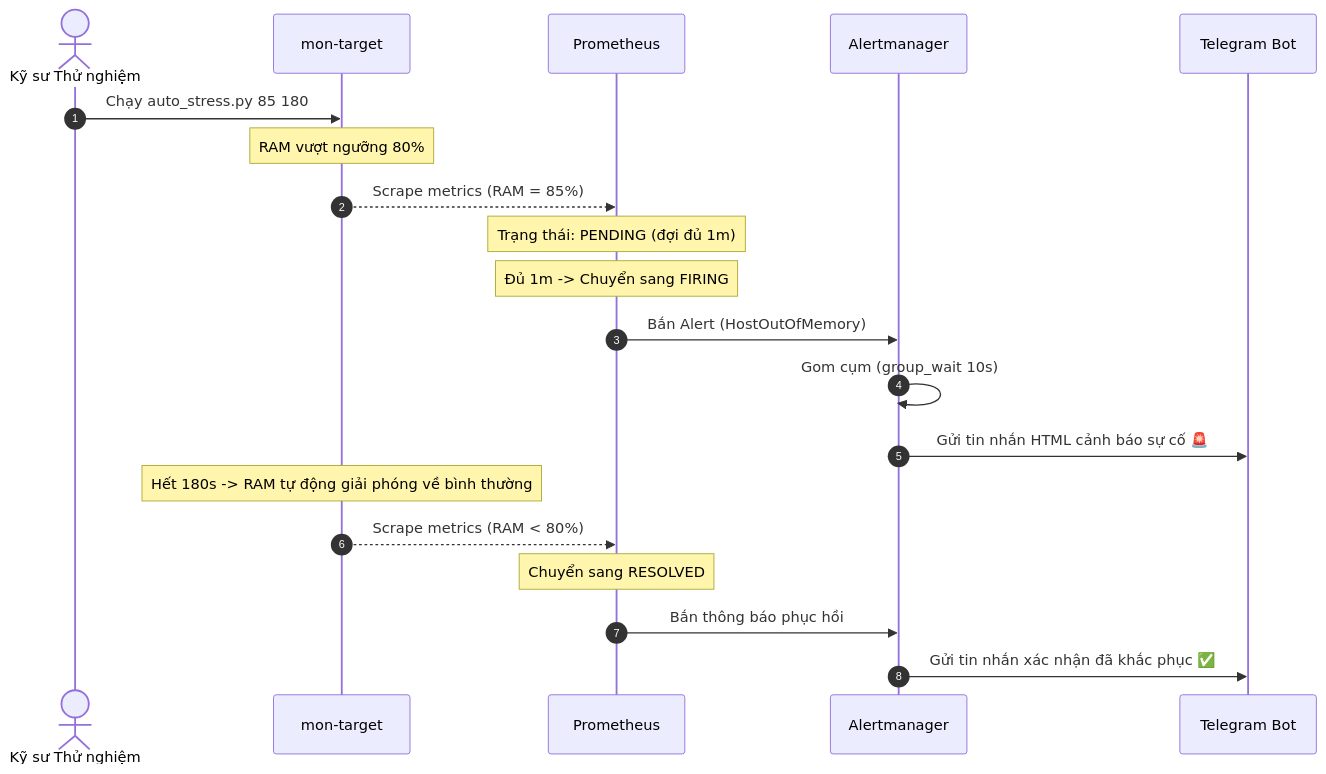
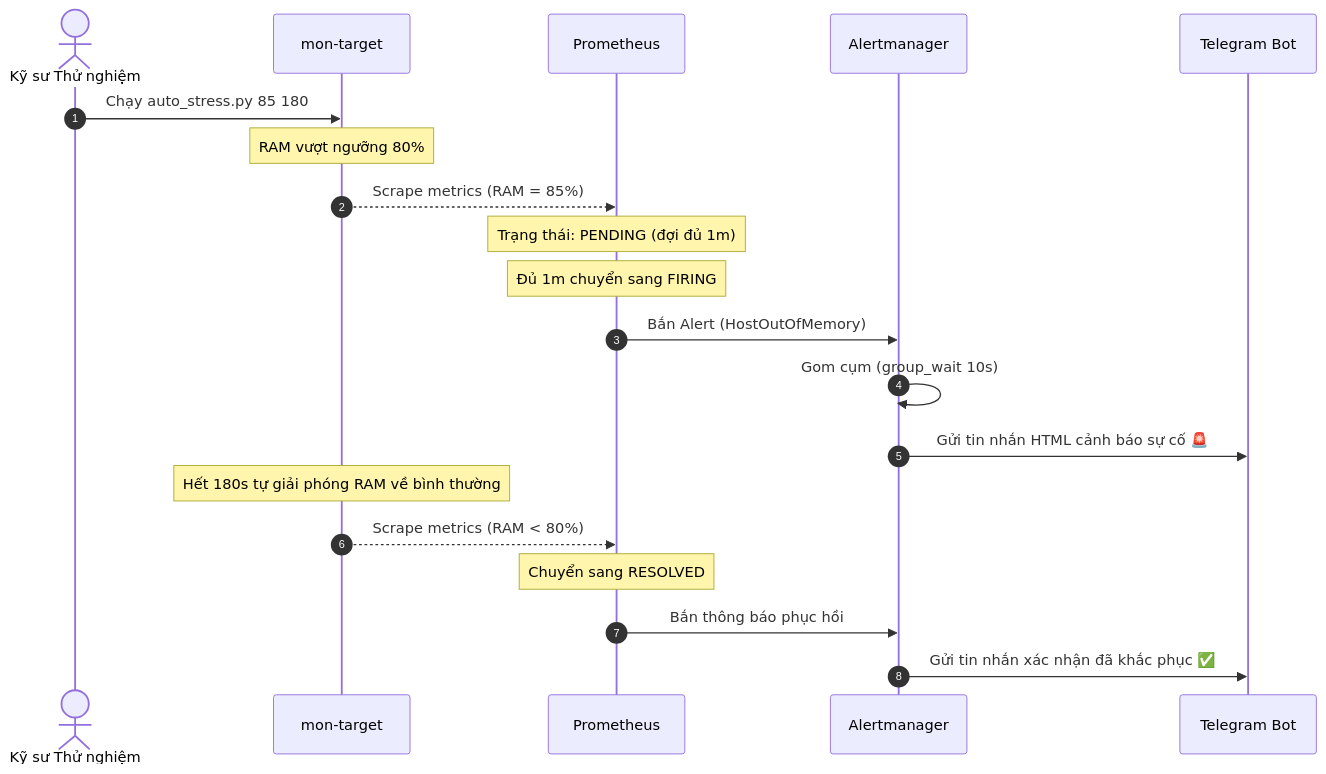
The seventh of 11 diagrams in report.md (DucPham-it/linux_op_lab1), drawn with Mermaid before and after one commit. The commit also changed other lines of this file, not shown here.

Commit message:
fix(report): fix LaTeX underscore math error and quote Mermaid diagram labels for GitHub rendering

````diff
--- a/report.md
+++ b/report.md
@@ -854,23 +854,23 @@
 ```mermaid
 sequenceDiagram
     autonumber
     actor Tester as Kỹ sư Thử nghiệm
     participant Target as mon-target
     participant Prom as Prometheus
     participant AM as Alertmanager
     participant Tele as Telegram Bot
 
     Tester->>Target: Chạy auto_stress.py 85 180
     Note over Target: RAM vượt ngưỡng 80%
     Target-->>Prom: Scrape metrics (RAM = 85%)
     Note over Prom: Trạng thái: PENDING (đợi đủ 1m)
-    Note over Prom: Đủ 1m -> Chuyển sang FIRING
+    Note over Prom: Đủ 1m chuyển sang FIRING
     Prom->>AM: Bắn Alert (HostOutOfMemory)
     AM->>AM: Gom cụm (group_wait 10s)
     AM->>Tele: Gửi tin nhắn HTML cảnh báo sự cố 🚨
-    Note over Target: Hết 180s -> RAM tự động giải phóng về bình thường
+    Note over Target: Hết 180s tự giải phóng RAM về bình thường
     Target-->>Prom: Scrape metrics (RAM < 80%)
     Note over Prom: Chuyển sang RESOLVED
     Prom->>AM: Bắn thông báo phục hồi
     AM->>Tele: Gửi tin nhắn xác nhận đã khắc phục ✅
 ```
````
